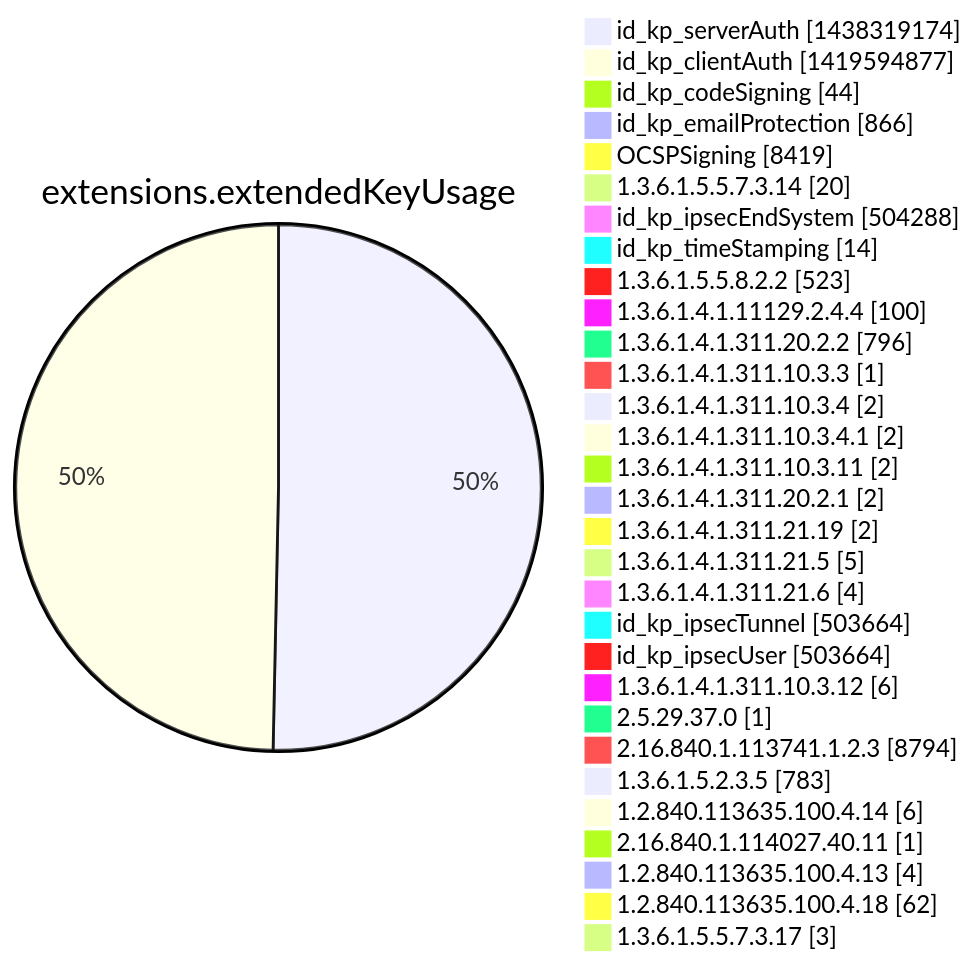
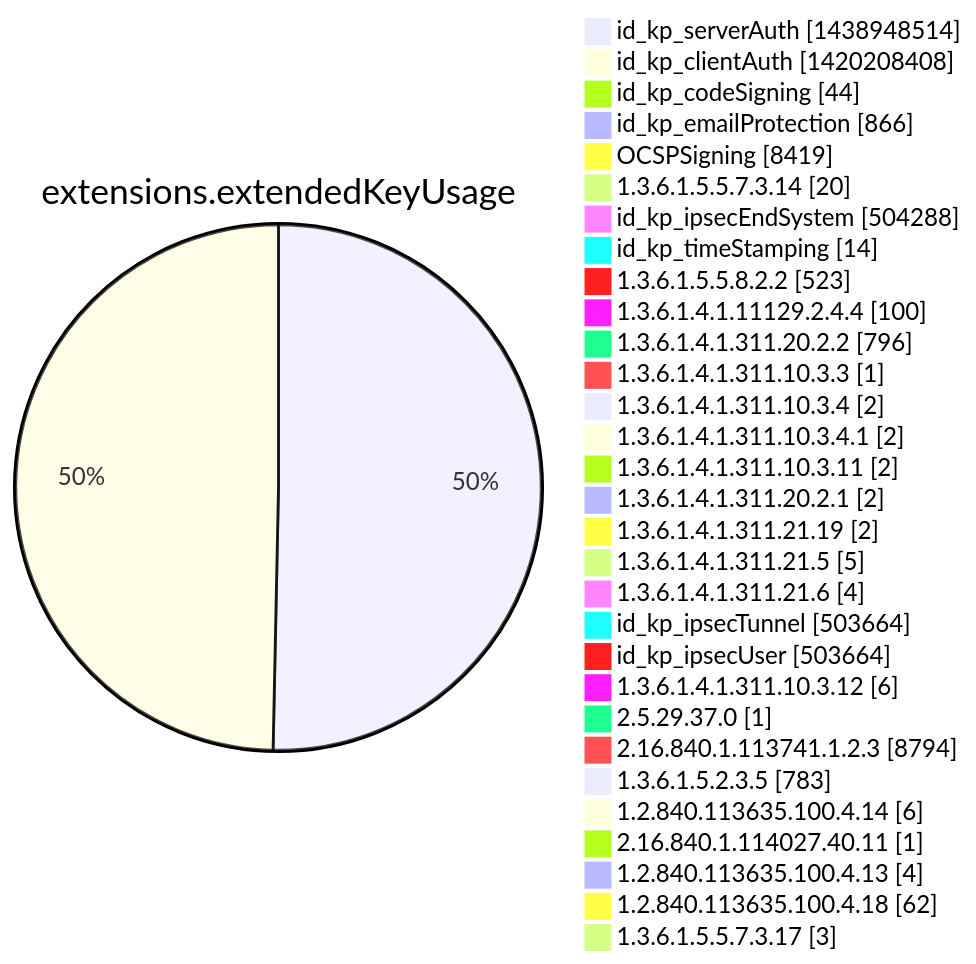
One commit to christiankrug/ctmonitor_visualization changed diagram 12 of 15 in argon2022/README.md. Above: the diagram before and after it, drawn with Mermaid. The commit also changed other lines of this file, not shown here.

````diff
--- a/argon2022/README.md
+++ b/argon2022/README.md
@@ -3555,34 +3555,34 @@
 ```mermaid
 pie showData
 title extensions.extendedKeyUsage
-"id_kp_serverAuth" :1438319174
-"id_kp_clientAuth" :1419594877
+"id_kp_serverAuth" :1438948514
+"id_kp_clientAuth" :1420208408
 "id_kp_codeSigning" :44
 "id_kp_emailProtection" :866
 "OCSPSigning" :8419
 "1.3.6.1.5.5.7.3.14" :20
 "id_kp_ipsecEndSystem" :504288
 "id_kp_timeStamping" :14
 "1.3.6.1.5.5.8.2.2" :523
 "1.3.6.1.4.1.11129.2.4.4" :100
 "1.3.6.1.4.1.311.20.2.2" :796
 "1.3.6.1.4.1.311.10.3.3" :1
 "1.3.6.1.4.1.311.10.3.4" :2
 "1.3.6.1.4.1.311.10.3.4.1" :2
 "1.3.6.1.4.1.311.10.3.11" :2
 "1.3.6.1.4.1.311.20.2.1" :2
 "1.3.6.1.4.1.311.21.19" :2
 "1.3.6.1.4.1.311.21.5" :5
 "1.3.6.1.4.1.311.21.6" :4
 "id_kp_ipsecTunnel" :503664
 "id_kp_ipsecUser" :503664
 "1.3.6.1.4.1.311.10.3.12" :6
 "2.5.29.37.0" :1
 "2.16.840.1.113741.1.2.3" :8794
 "1.3.6.1.5.2.3.5" :783
 "1.2.840.113635.100.4.14" :6
 "2.16.840.1.114027.40.11" :1
 "1.2.840.113635.100.4.13" :4
 "1.2.840.113635.100.4.18" :62
 "1.3.6.1.5.5.7.3.17" :3
 ```
````
